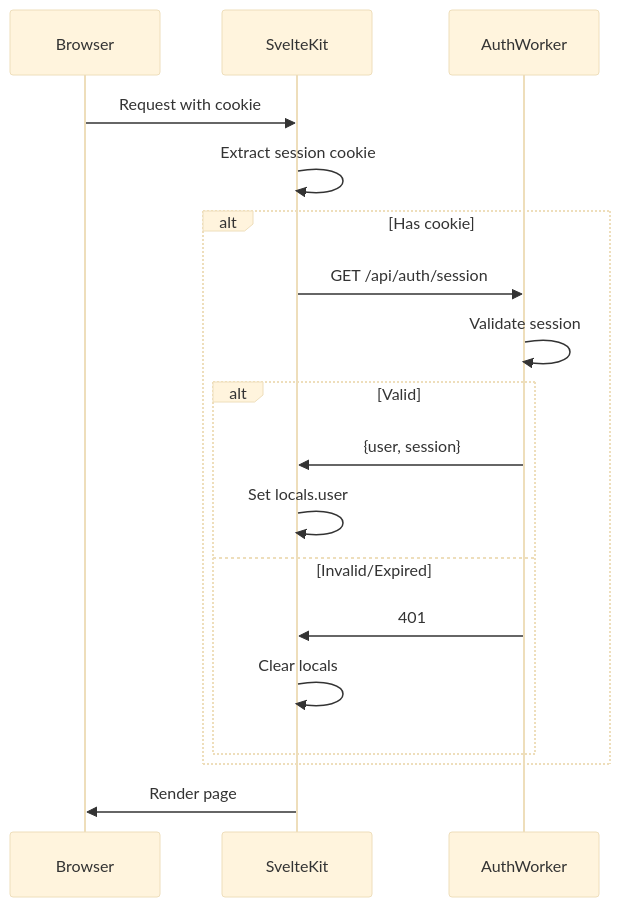
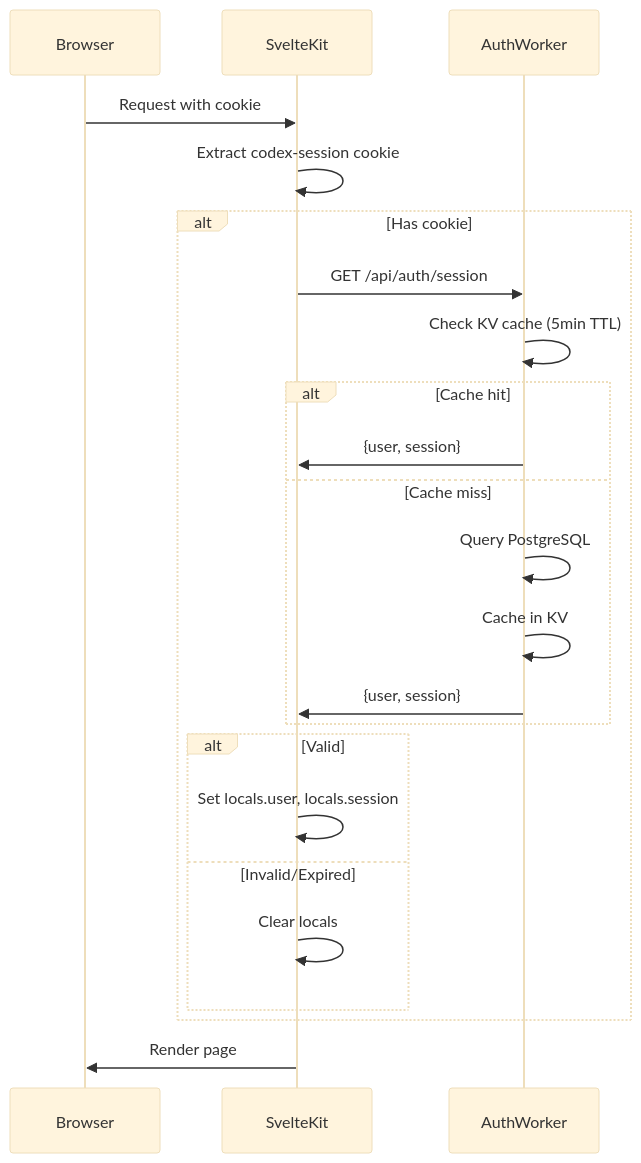
One commit to brucemckayone/codex changed the second of 8 diagrams in design/frontend/AUTH.md. Above: the diagram before and after it, drawn with Mermaid (base theme). The commit also changed other lines of this file and 5 other files, not shown here.

````diff
--- a/design/frontend/AUTH.md
+++ b/design/frontend/AUTH.md
@@ -66,23 +66,28 @@
 ```mermaid
 sequenceDiagram
     participant Browser
     participant SvelteKit
     participant AuthWorker
 
     Browser->>SvelteKit: Request with cookie
-    SvelteKit->>SvelteKit: Extract session cookie
+    SvelteKit->>SvelteKit: Extract codex-session cookie
 
     alt Has cookie
         SvelteKit->>AuthWorker: GET /api/auth/session
-        AuthWorker->>AuthWorker: Validate session
+        AuthWorker->>AuthWorker: Check KV cache (5min TTL)
+        alt Cache hit
+            AuthWorker->>SvelteKit: {user, session}
+        else Cache miss
+            AuthWorker->>AuthWorker: Query PostgreSQL
+            AuthWorker->>AuthWorker: Cache in KV
+            AuthWorker->>SvelteKit: {user, session}
+        end
         alt Valid
-            AuthWorker->>SvelteKit: {user, session}
-            SvelteKit->>SvelteKit: Set locals.user
+            SvelteKit->>SvelteKit: Set locals.user, locals.session
         else Invalid/Expired
-            AuthWorker->>SvelteKit: 401
             SvelteKit->>SvelteKit: Clear locals
         end
     end
 
     SvelteKit->>Browser: Render page
 ```
````
